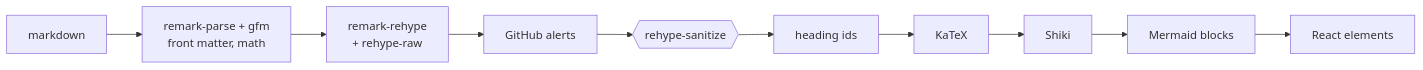
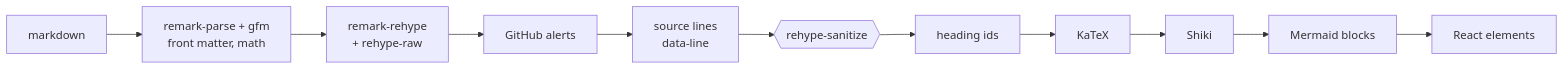
One commit to jean3978/IGrasp changed the second of 6 diagrams in docs/architecture.md. Above: the diagram before and after it, drawn with Mermaid. The commit also changed other lines of this file and 19 other files, not shown here.

First line of the commit message:
docs: feature pages, architecture, ADRs and README for 0.2.0

````diff
--- a/docs/architecture.md
+++ b/docs/architecture.md
@@ -61,12 +93,13 @@
 ```mermaid
 flowchart LR
   MD[markdown] --> P[remark-parse + gfm<br/>front matter, math]
   P --> R[remark-rehype<br/>+ rehype-raw]
   R --> A[GitHub alerts]
-  A --> S{{rehype-sanitize}}
+  A --> L[source lines<br/>data-line]
+  L --> S{{rehype-sanitize}}
   S --> Slug[heading ids]
   Slug --> K[KaTeX]
   K --> H[Shiki]
   H --> M[Mermaid blocks]
   M --> J[React elements]
 ```
````
